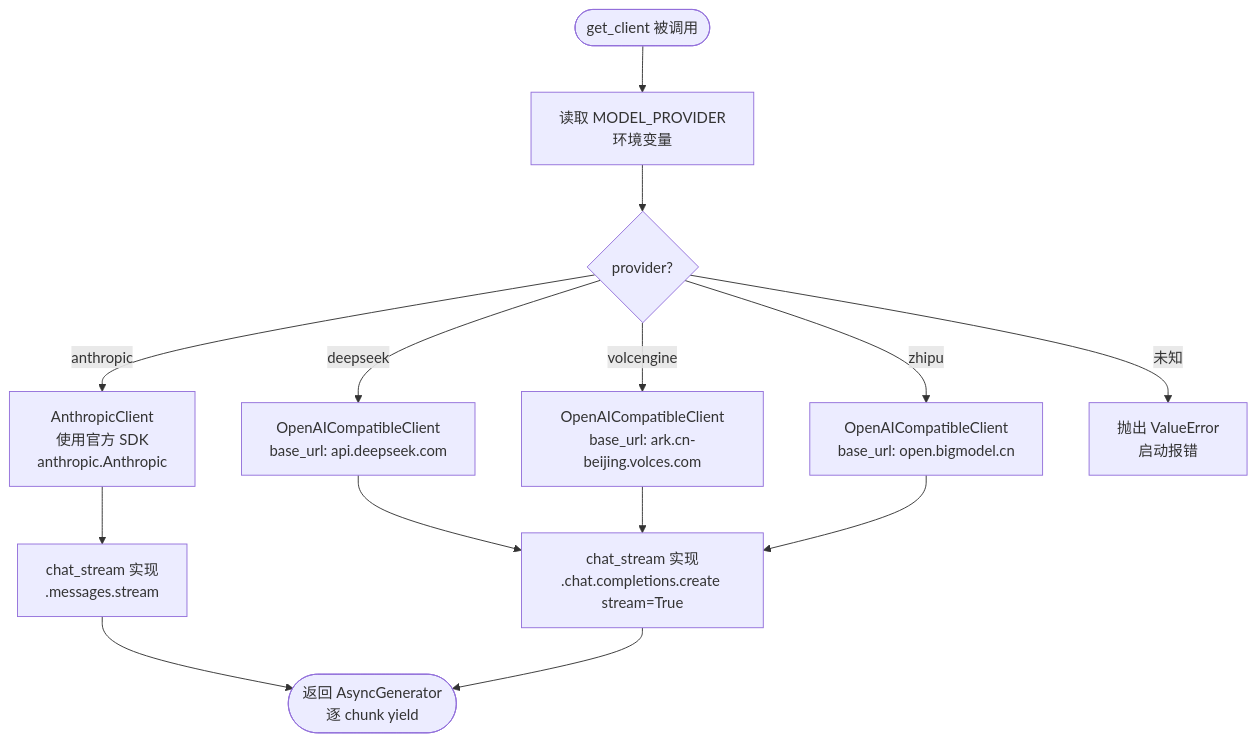
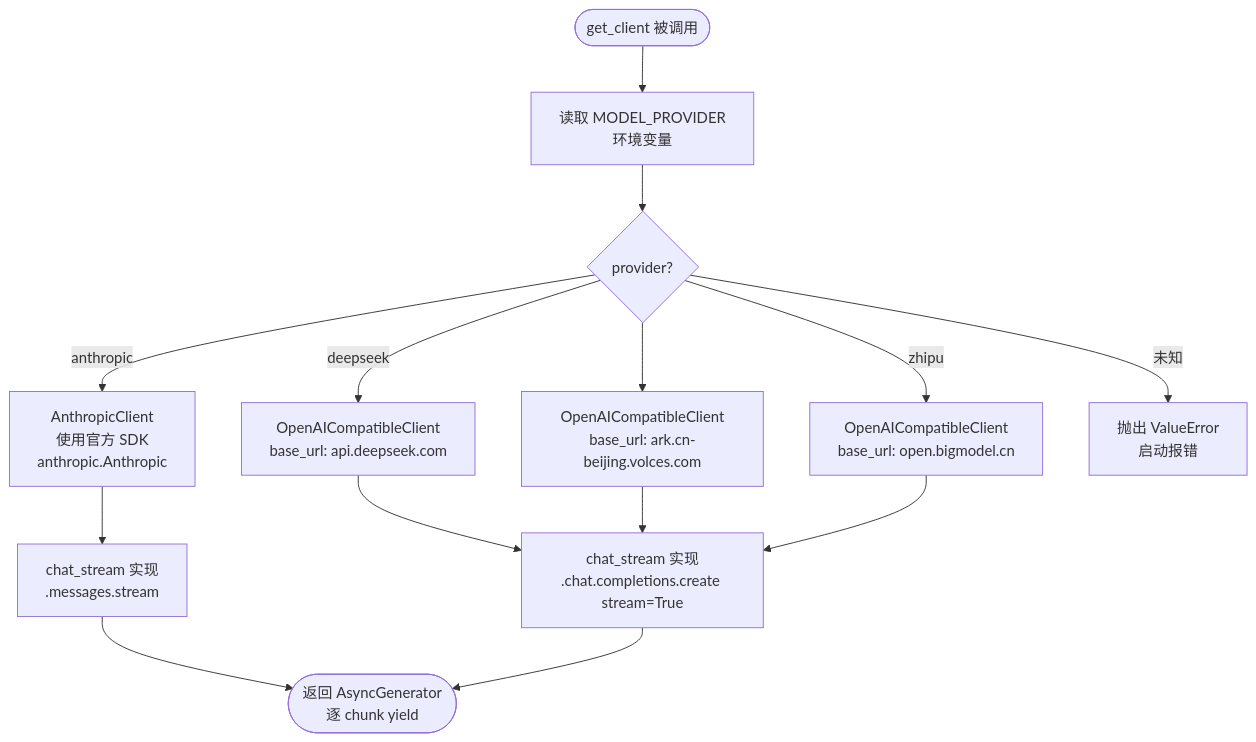
One commit to bob798/speakeasy changed the fourth of 5 diagrams in docs/architecture/flows/chat-flow.md. Above: the diagram before and after it, drawn with Mermaid. The commit also changed 37 other files, not shown here.

````diff
--- a/docs/architecture/flows/chat-flow.md
+++ b/docs/architecture/flows/chat-flow.md
@@ -136,20 +136,20 @@
 ```mermaid
 flowchart TD
     A([get_client 被调用]) --> B[读取 MODEL_PROVIDER\n环境变量]
 
     B --> C{provider?}
 
     C -->|anthropic| D[AnthropicClient\n使用官方 SDK\nanthropic.Anthropic]
     C -->|deepseek| E[OpenAICompatibleClient\nbase_url: api.deepseek.com]
-    C -->|volcengine| F[OpenAICompatibleClient\nbase_url: ark.cn-beijing.volces.com]
+    C -->|  | F[OpenAICompatibleClient\nbase_url: ark.cn-beijing.volces.com]
     C -->|zhipu| G[OpenAICompatibleClient\nbase_url: open.bigmodel.cn]
     C -->|未知| H[抛出 ValueError\n启动报错]
 
     D --> I[chat_stream 实现\n.messages.stream]
     E --> J[chat_stream 实现\n.chat.completions.create stream=True]
     F --> J
     G --> J
 
     I --> K([返回 AsyncGenerator\n逐 chunk yield])
     J --> K
 ```
````
